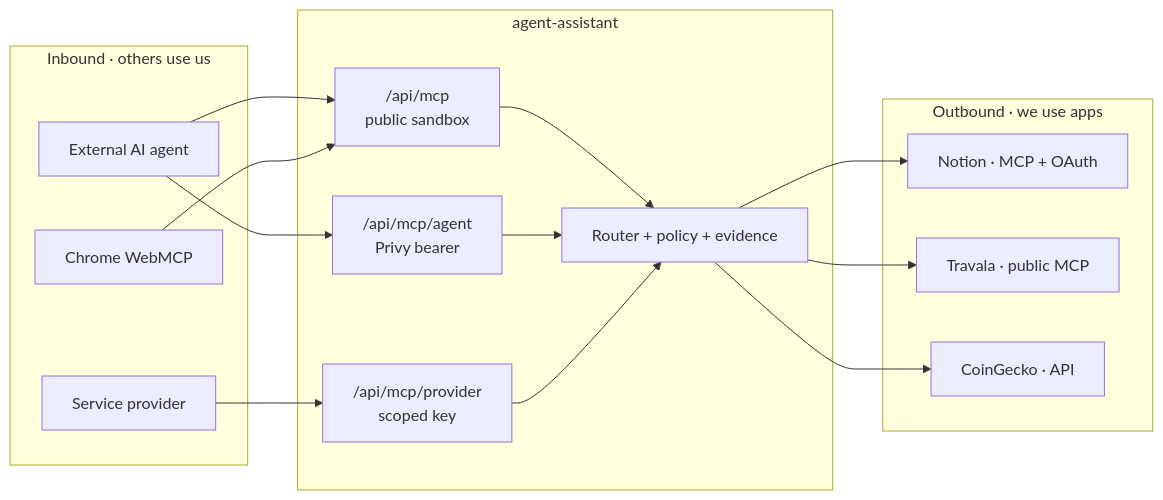
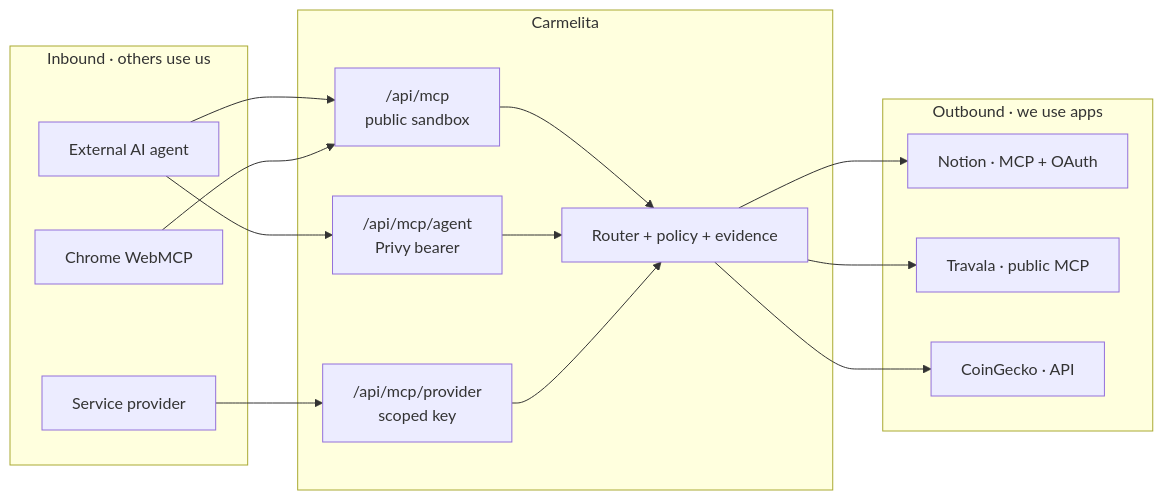
Before and after one commit to CaBsCrypto/agente-asistente: the third of 3 diagrams in README.md, drawn with Mermaid. The commit also changed other lines of this file and 65 other files, not shown here.

```diff
--- a/README.md
+++ b/README.md
@@ -186,29 +192,29 @@
 ~~~mermaid
 flowchart LR
     subgraph IN["Inbound · others use us"]
         EA["External AI agent"]
         PRO["Service provider"]
         WEB["Chrome WebMCP"]
     end
-    subgraph CORE["agent-assistant"]
+    subgraph CORE["Carmelita"]
         P1["/api/mcp<br/>public sandbox"]
         P2["/api/mcp/agent<br/>Privy bearer"]
         P3["/api/mcp/provider<br/>scoped key"]
         ENG["Router + policy + evidence"]
     end
     subgraph OUT["Outbound · we use apps"]
         NO["Notion · MCP + OAuth"]
         TV["Travala · public MCP"]
         CM["CoinGecko · API"]
     end
     EA --> P1
     WEB --> P1
     PRO --> P3
     EA --> P2
     P1 --> ENG
     P2 --> ENG
     P3 --> ENG
     ENG --> NO
     ENG --> TV
     ENG --> CM
 ~~~
```
